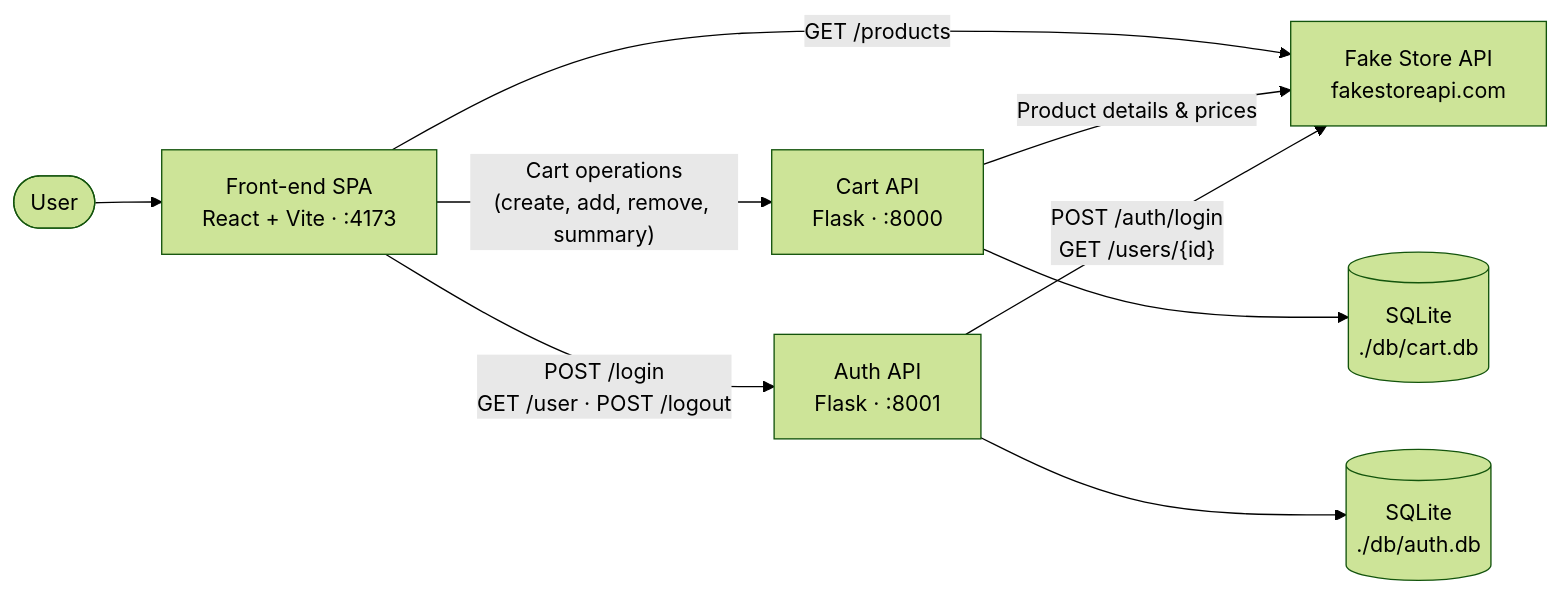
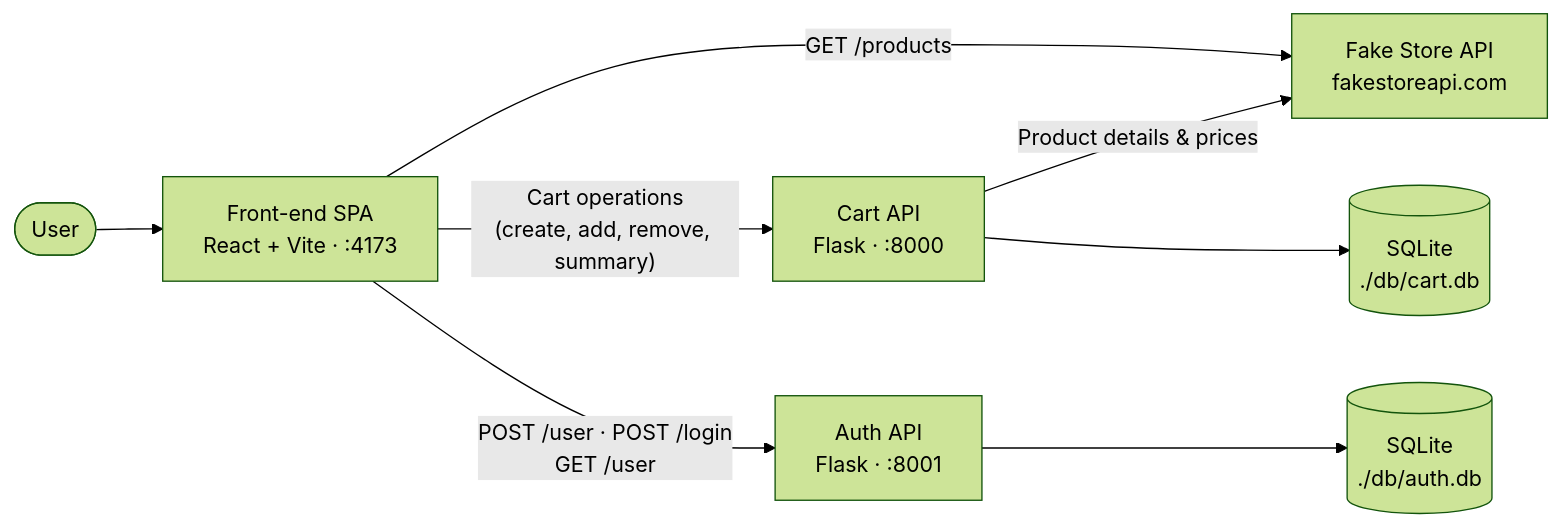
One commit to ommeirelles/puc-arq-soft-cart changed the diagram in readme.md. Above: the diagram before and after it, drawn with Mermaid (forest theme). The commit also changed other lines of this file and 15 other files, not shown here.

Commit message:
feat: self-contained JWT auth with local users and docker-only run

````diff
--- a/readme.md
+++ b/readme.md
@@ -30,11 +31,10 @@
 ```mermaid
 flowchart LR
     User([User]) --> FE["Front-end SPA<br/>React + Vite · :4173"]
     FE -->|"GET /products"| FSA["Fake Store API<br/>fakestoreapi.com"]
     FE -->|"Cart operations<br/>(create, add, remove, summary)"| CART["Cart API<br/>Flask · :8000"]
-    FE -->|"POST /login<br/>GET /user · POST /logout"| AUTH["Auth API<br/>Flask · :8001"]
+    FE -->|"POST /user · POST /login<br/>GET /user"| AUTH["Auth API<br/>Flask · :8001"]
     CART -->|"Product details & prices"| FSA
-    AUTH -->|"POST /auth/login<br/>GET /users/{id}"| FSA
     CART --> CARTDB[("SQLite<br/>./db/cart.db")]
     AUTH --> AUTHDB[("SQLite<br/>./db/auth.db")]
 ```
````
